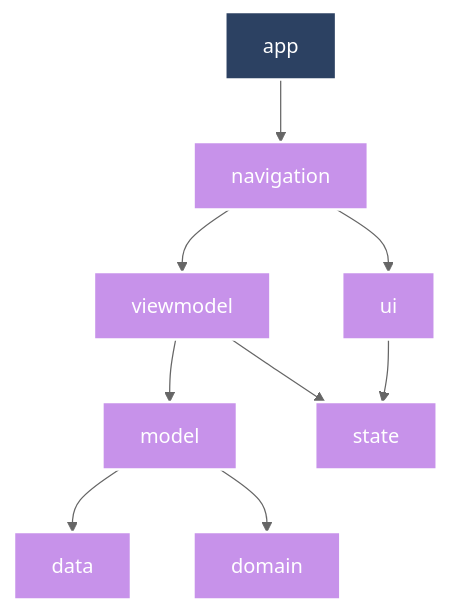
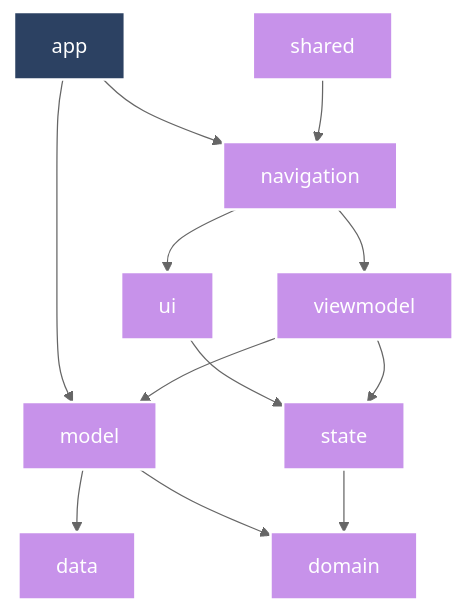
The diagram in README.md (lulkr/string-notebook), drawn with Mermaid before and after one commit. The commit also changed 2 other files, not shown here.

Commit message:
➕ UI 모듈인 `:state`가 주석에서 `:domain`을 쓸 수 있도록 주석 추가.

````diff
--- a/README.md
+++ b/README.md
@@ -78,38 +78,42 @@
 ```mermaid
 %%{
   init: {
     'theme': 'neutral'
   }
 }%%
 
 graph TB
   :app["app"]
   :data["data"]
   :domain["domain"]
   :model["model"]
   :navigation["navigation"]
+  :shared["shared"]
   :state["state"]
   :ui["ui"]
   :viewmodel["viewmodel"]
 
+  :app --> :model
   :app --> :navigation
   :model --> :data
   :model --> :domain
   :navigation --> :ui
   :navigation --> :viewmodel
+  :shared --> :navigation
+  :state --> :domain
+  :ui --> :state
   :viewmodel --> :model
   :viewmodel --> :state
-  :ui --> :state
 
 classDef android-application fill:#2C4162,stroke:#fff,stroke-width:2px,color:#fff;
 classDef kotlin-multiplatform fill:#C792EA,stroke:#fff,stroke-width:2px,color:#fff;
-        
 class :app android-application
 class :data kotlin-multiplatform
 class :domain kotlin-multiplatform
 class :model kotlin-multiplatform
 class :navigation kotlin-multiplatform
+class :shared kotlin-multiplatform
 class :state kotlin-multiplatform
 class :ui kotlin-multiplatform
 class :viewmodel kotlin-multiplatform
 ```
````
